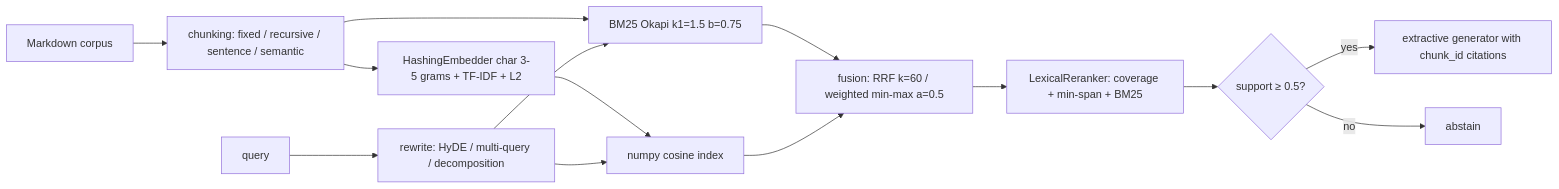
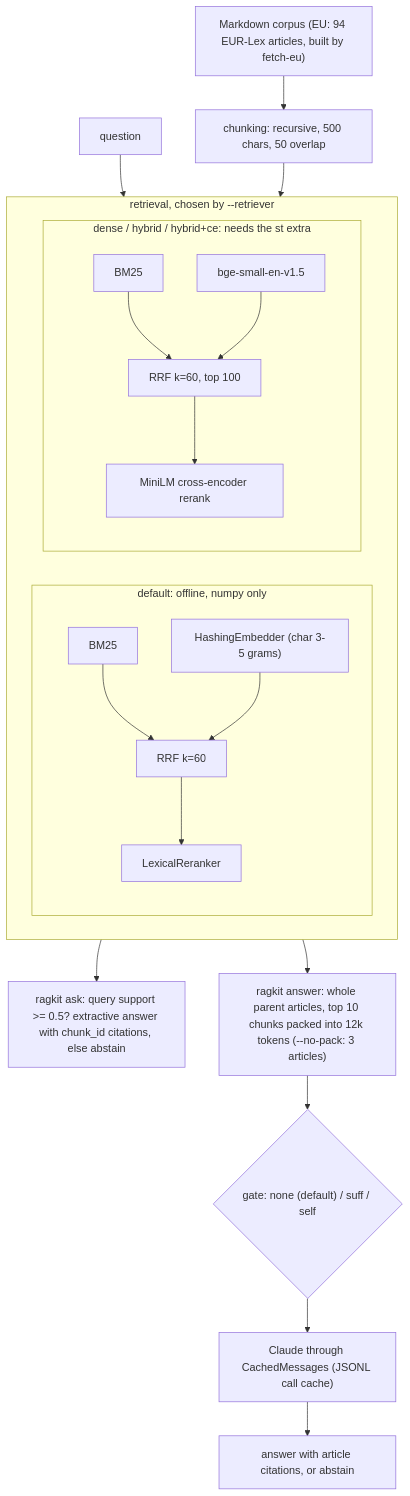
Before and after one commit to d41sys/ragkit: the first of 3 diagrams in README.md, drawn with Mermaid. The commit also changed other lines of this file, not shown here.

Commit message:
docs: README architecture: request flow (offline and neural paths, packing, gate), code layout by layer, planned ezcross-ems integration (issues #1-#9)

````diff
--- a/README.md
+++ b/README.md
@@ -9,13 +11,24 @@
 ```mermaid
-flowchart LR
-  D[Markdown corpus] --> C[chunking: fixed / recursive / sentence / semantic]
-  C --> B[BM25 Okapi k1=1.5 b=0.75]
-  C --> E[HashingEmbedder char 3-5 grams + TF-IDF + L2] --> V[numpy cosine index]
-  Q[query] --> R[rewrite: HyDE / multi-query / decomposition]
-  R --> B & V
-  B & V --> F[fusion: RRF k=60 / weighted min-max a=0.5]
-  F --> K[LexicalReranker: coverage + min-span + BM25]
-  K --> S{support ≥ 0.5?}
-  S -->|yes| G[extractive generator with chunk_id citations]
-  S -->|no| A[abstain]
+flowchart TD
+  D["Markdown corpus (EU: 94 EUR-Lex articles, built by fetch-eu)"] --> C["chunking: recursive, 500 chars, 50 overlap"]
+  Q[question] --> RET
+  C --> RET
+  subgraph RET["retrieval, chosen by --retriever"]
+    direction LR
+    subgraph OFF["default: offline, numpy only"]
+      B1[BM25] --> F1["RRF k=60"]
+      H["HashingEmbedder (char 3-5 grams)"] --> F1
+      F1 --> LR["LexicalReranker"]
+    end
+    subgraph NEU["dense / hybrid / hybrid+ce: needs the st extra"]
+      B2[BM25] --> F2["RRF k=60, top 100"]
+      E["bge-small-en-v1.5"] --> F2
+      F2 --> CE["MiniLM cross-encoder rerank"]
+    end
+  end
+  RET --> ASK["ragkit ask: query support >= 0.5? extractive answer with chunk_id citations, else abstain"]
+  RET --> PACK["ragkit answer: whole parent articles, top 10 chunks packed into 12k tokens (--no-pack: 3 articles)"]
+  PACK --> GATE{"gate: none (default) / suff / self"}
+  GATE --> LLM["Claude through CachedMessages (JSONL call cache)"]
+  LLM --> OUT["answer with article citations, or abstain"]
 ```
````
